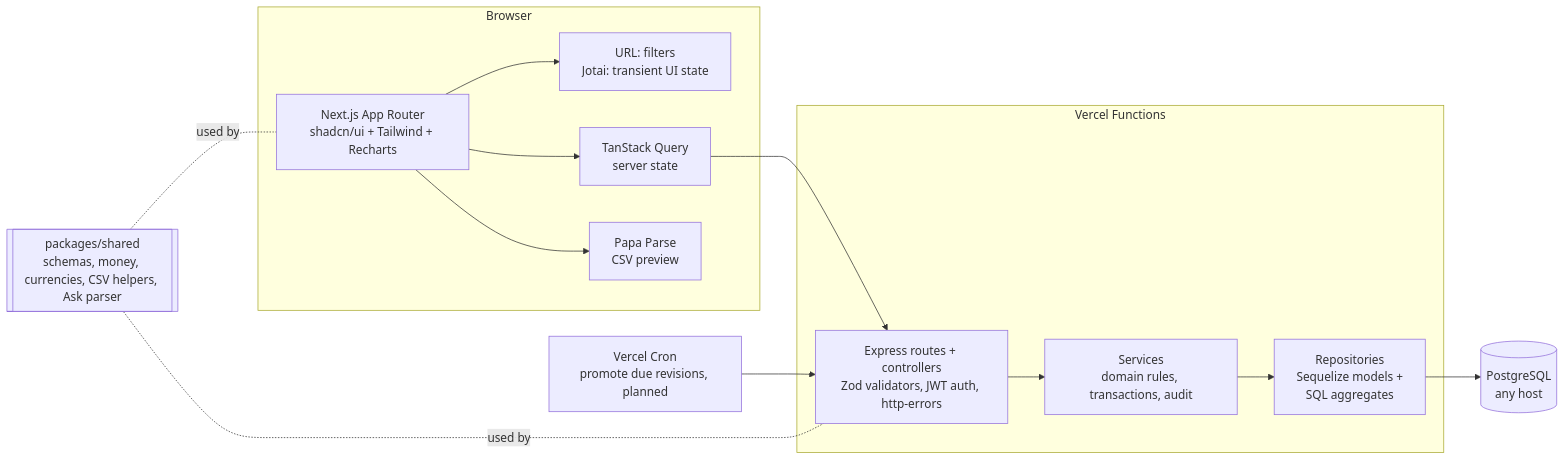
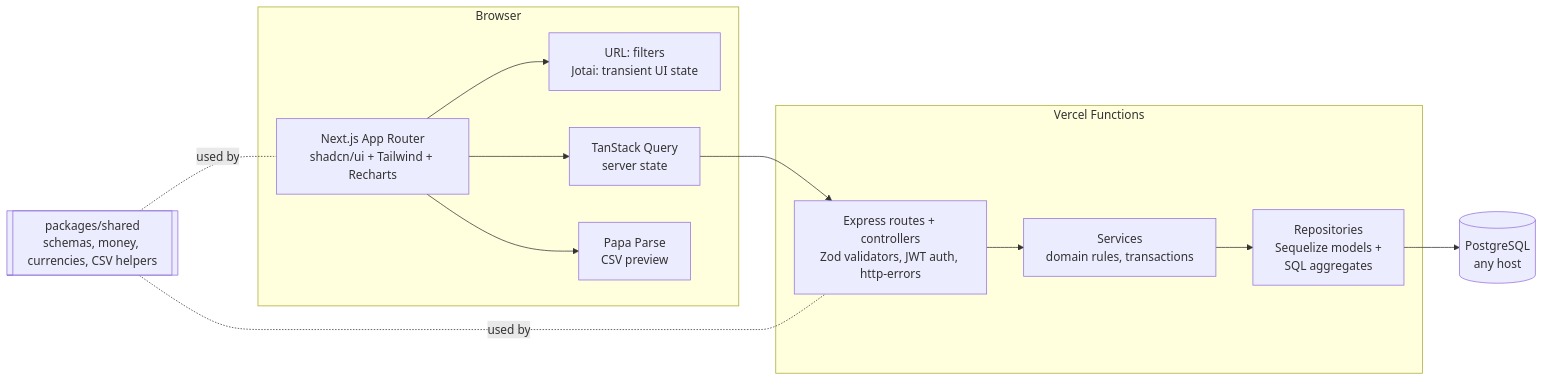
Before and after one commit to Sandeep-M23/paywise: the first of 4 diagrams in docs/DESIGN.md, drawn with Mermaid. The commit also changed other lines of this file and 11 other files, not shown here.

````diff
--- a/docs/DESIGN.md
+++ b/docs/DESIGN.md
@@ -9,24 +9,22 @@
 ```mermaid
 flowchart LR
   subgraph Browser
     UI[Next.js App Router<br/>shadcn/ui + Tailwind + Recharts]
     J[URL: filters<br/>Jotai: transient UI state]
     Q[TanStack Query<br/>server state]
     P[Papa Parse<br/>CSV preview]
   end
   subgraph Vercel Functions
     R[Express routes + controllers<br/>Zod validators, JWT auth, http-errors]
-    S[Services<br/>domain rules, transactions, audit]
+    S[Services<br/>domain rules, transactions]
     D[Repositories<br/>Sequelize models +<br/>SQL aggregates]
   end
-  CRON[Vercel Cron<br/>promote due revisions, planned]
   DB[(PostgreSQL<br/>any host)]
-  SH[[packages/shared<br/>schemas, money, currencies, CSV helpers, Ask parser]]
+  SH[[packages/shared<br/>schemas, money, currencies, CSV helpers]]
 
   UI --> J
   UI --> Q --> R --> S --> D --> DB
-  CRON --> R
   UI --> P
   SH -. used by .- UI
   SH -. used by .- R
 ```
````
